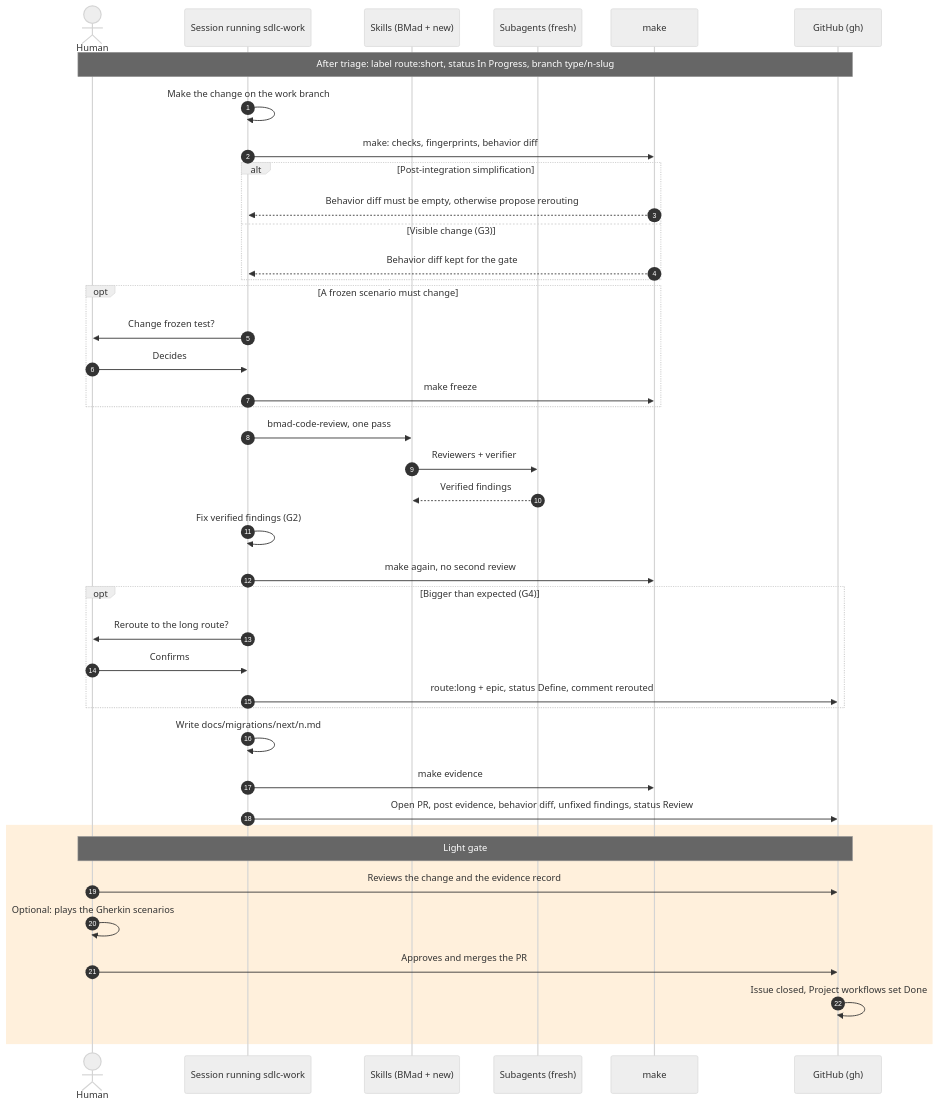
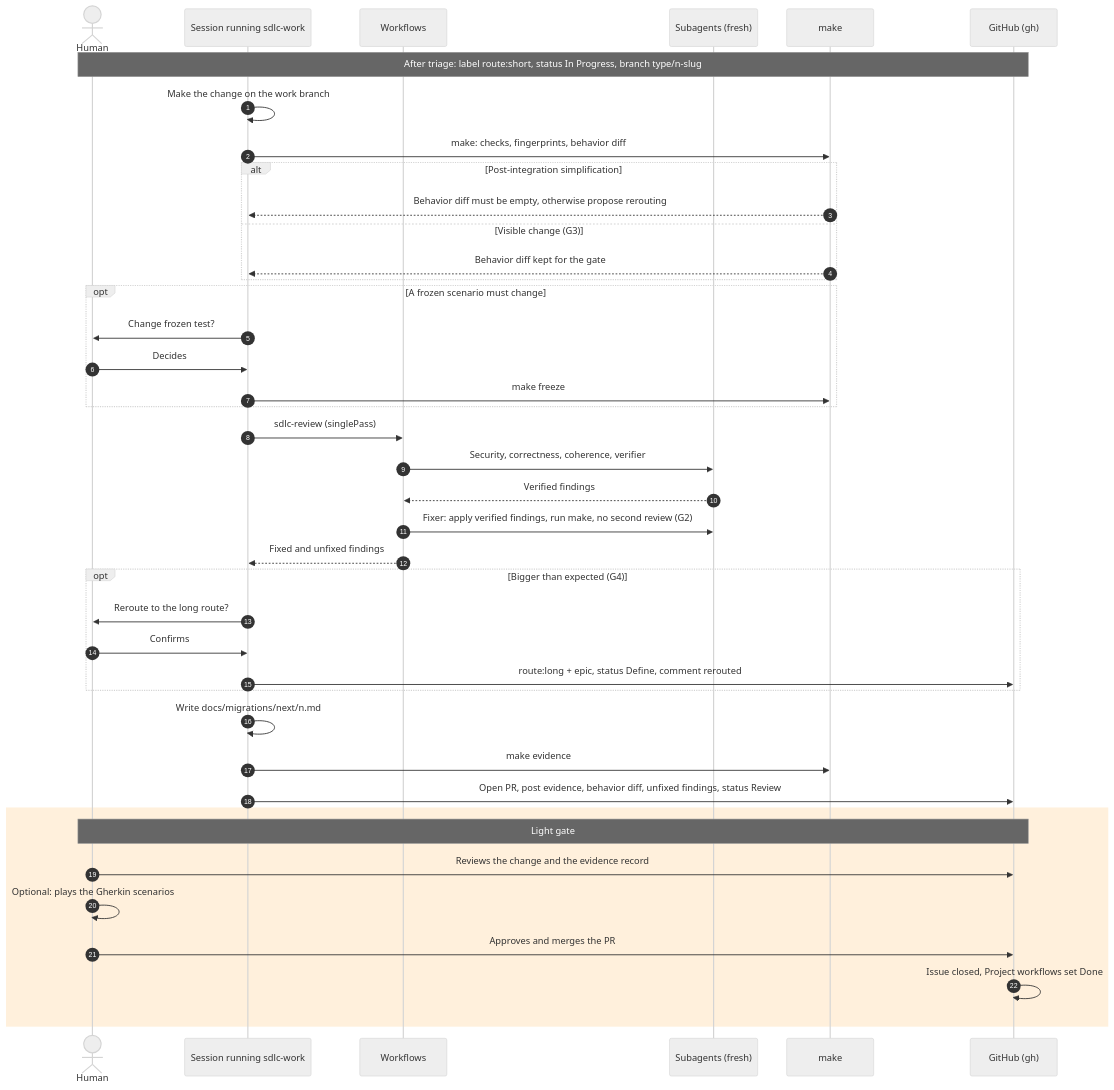
The diagram in _bmad-output/brainstorming/brainstorm-sdlc-local-workflow-2026-10-16/sequence-short-process.md (mathieubodin/scaleway-manager), drawn with Mermaid (neutral theme) before and after one commit. The commit also changed other lines of this file and 3 other files, not shown here.

````diff
--- a/_bmad-output/brainstorming/brainstorm-sdlc-local-workflow-2026-10-16/sequence-short-process.md
+++ b/_bmad-output/brainstorming/brainstorm-sdlc-local-workflow-2026-10-16/sequence-short-process.md
@@ -14,45 +14,45 @@
 ```mermaid
 sequenceDiagram
     autonumber
     actor H as Human
     participant W as Session running sdlc-work
-    participant K as Skills (BMad + new)
+    participant F as Workflows
     participant A as Subagents (fresh)
     participant T as make
     participant G as GitHub (gh)
 
     Note over H,G: After triage: label route:short, status In Progress, branch type/n-slug
     W->>W: Make the change on the work branch
     W->>T: make: checks, fingerprints, behavior diff
     alt Post-integration simplification
         T-->>W: Behavior diff must be empty, otherwise propose rerouting
     else Visible change (G3)
         T-->>W: Behavior diff kept for the gate
     end
     opt A frozen scenario must change
         W->>H: Change frozen test?
         H->>W: Decides
         W->>T: make freeze
     end
-    W->>K: bmad-code-review, one pass
-    K->>A: Reviewers + verifier
-    A-->>K: Verified findings
-    W->>W: Fix verified findings (G2)
-    W->>T: make again, no second review
+    W->>F: sdlc-review (singlePass)
+    F->>A: Security, correctness, coherence, verifier
+    A-->>F: Verified findings
+    F->>A: Fixer: apply verified findings, run make, no second review (G2)
+    F-->>W: Fixed and unfixed findings
     opt Bigger than expected (G4)
         W->>H: Reroute to the long route?
         H->>W: Confirms
         W->>G: route:long + epic, status Define, comment rerouted
     end
     W->>W: Write docs/migrations/next/n.md
     W->>T: make evidence
     W->>G: Open PR, post evidence, behavior diff, unfixed findings, status Review
 
     rect rgba(255, 180, 80, 0.2)
     Note over H,G: Light gate
     H->>G: Reviews the change and the evidence record
     H->>H: Optional: plays the Gherkin scenarios
     H->>G: Approves and merges the PR
     G->>G: Issue closed, Project workflows set Done
     end
 ```
````
